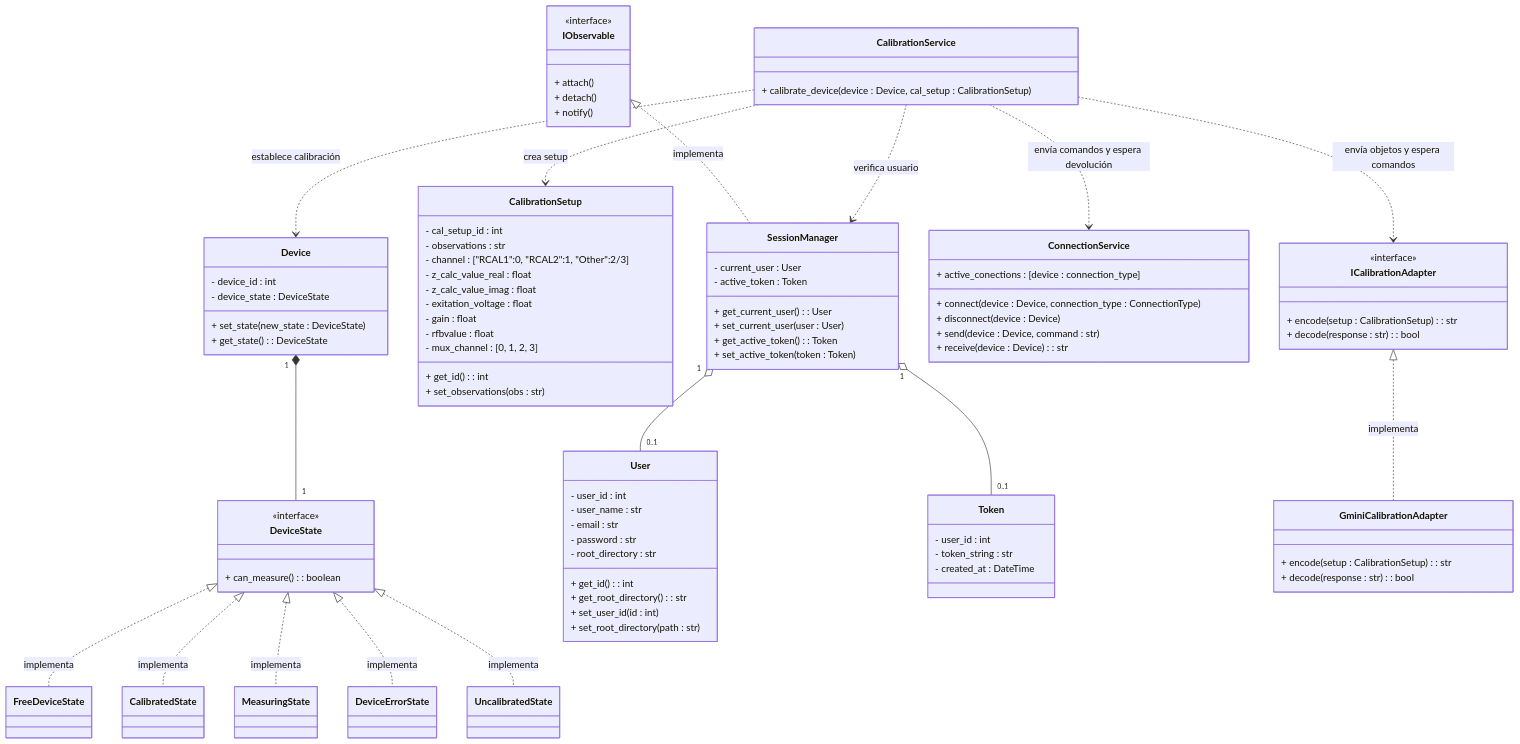
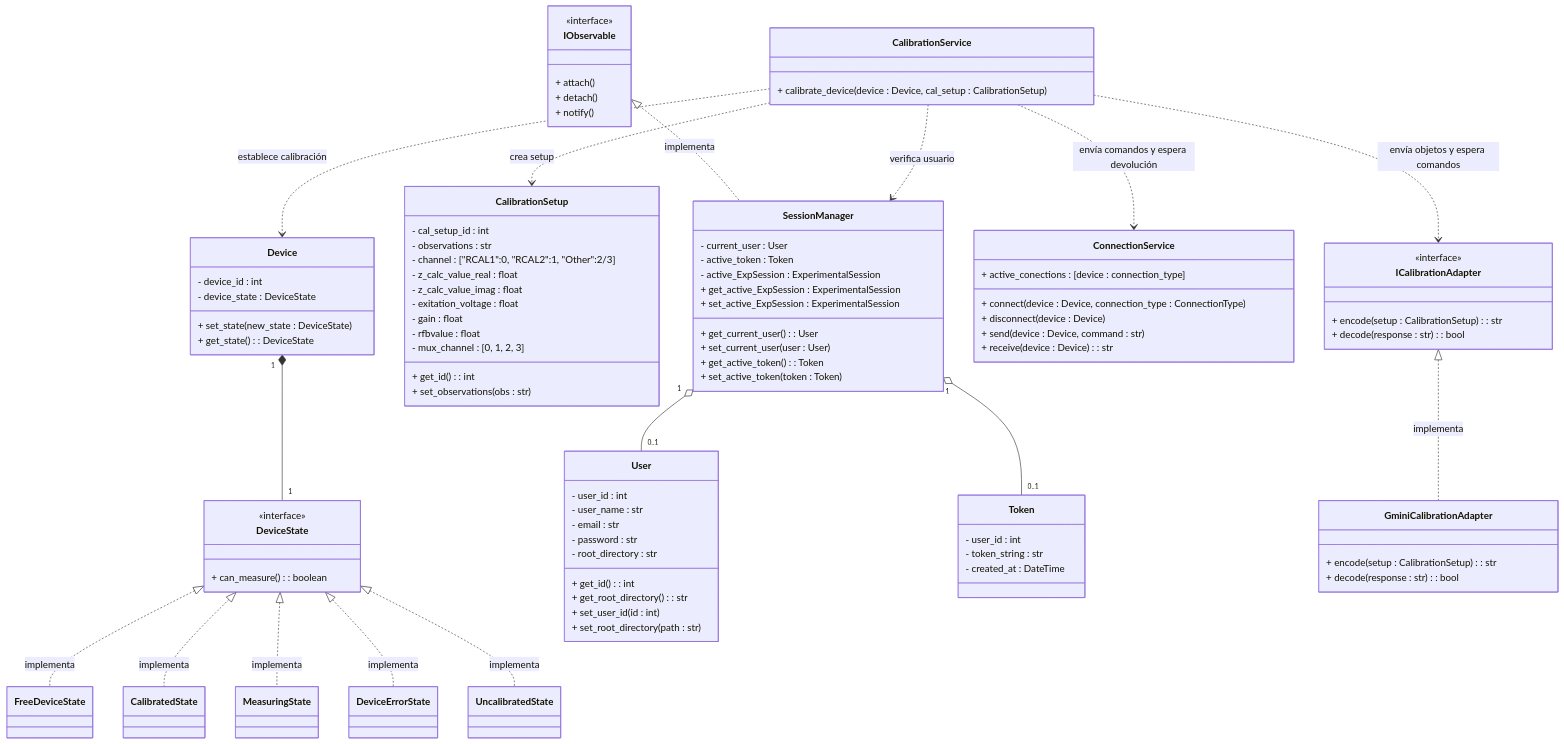
One commit to alegrelias/Repo-GMini changed diagram 12 of 16 in Gmini-MarkDown/Diagramas/Diagramas de Clases.md. Above: the diagram before and after it, drawn with Mermaid. The commit also changed other lines of this file, not shown here.

Commit message:
Se agrega a SessionManager active exp_Session con sus get y set correspondientes

```diff
--- a/Gmini-MarkDown/Diagramas/Diagramas de Clases.md
+++ b/Gmini-MarkDown/Diagramas/Diagramas de Clases.md
@@ -1067,6 +1073,9 @@
 class SessionManager{
 	- current_user : User
 	- active_token : Token
+	- active_ExpSession : ExperimentalSession
+	+ get_active_ExpSession : ExperimentalSession
+	+ set_active_ExpSession : ExperimentalSession
 	+ get_current_user() : User
 	+ set_current_user(user : User)
 	+ get_active_token() : Token
```
